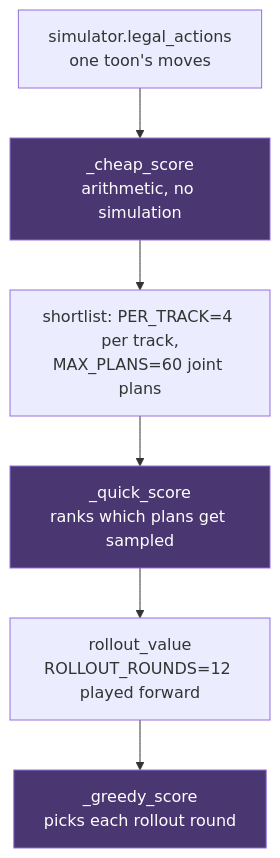
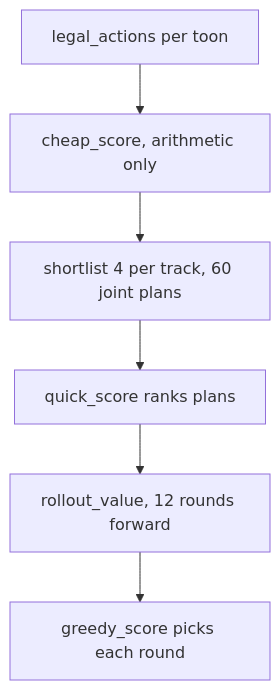
One commit to Angle-Brackets/TTRSolver changed the third of 6 diagrams in README.md. Above: the diagram before and after it, drawn with Mermaid. The commit also changed other lines of this file, not shown here.

First line of the commit message:
README: drop the sermon, document training, plain-text diagrams

````diff
--- a/README.md
+++ b/README.md
@@ -310,12 +263,8 @@
 ```mermaid
-graph TD
-    L["simulator.legal_actions<br/>one toon's moves"] --> C["_cheap_score<br/>arithmetic, no simulation"]
-    C --> S["shortlist: PER_TRACK=4 per track,<br/>MAX_PLANS=60 joint plans"]
-    S --> Q["_quick_score<br/>ranks which plans get sampled"]
-    Q --> R["rollout_value<br/>ROLLOUT_ROUNDS=12 played forward"]
-    R --> G["_greedy_score<br/>picks each rollout round"]
-
-    style C fill:#4a3670,color:#fff
-    style Q fill:#4a3670,color:#fff
-    style G fill:#4a3670,color:#fff
+flowchart TD
+    L[legal_actions per toon] --> C[cheap_score, arithmetic only]
+    C --> S[shortlist 4 per track, 60 joint plans]
+    S --> Q[quick_score ranks plans]
+    Q --> R[rollout_value, 12 rounds forward]
+    R --> G[greedy_score picks each round]
 ```
````
